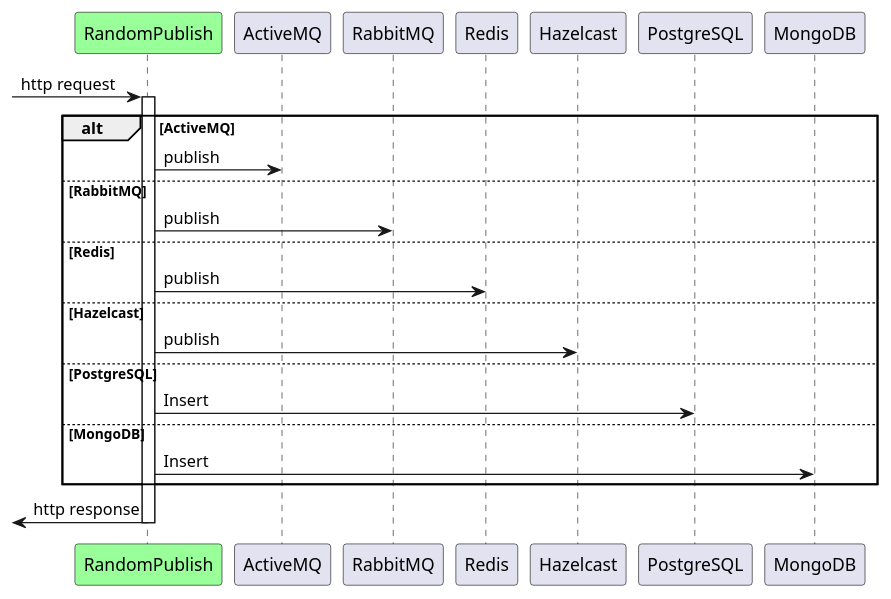
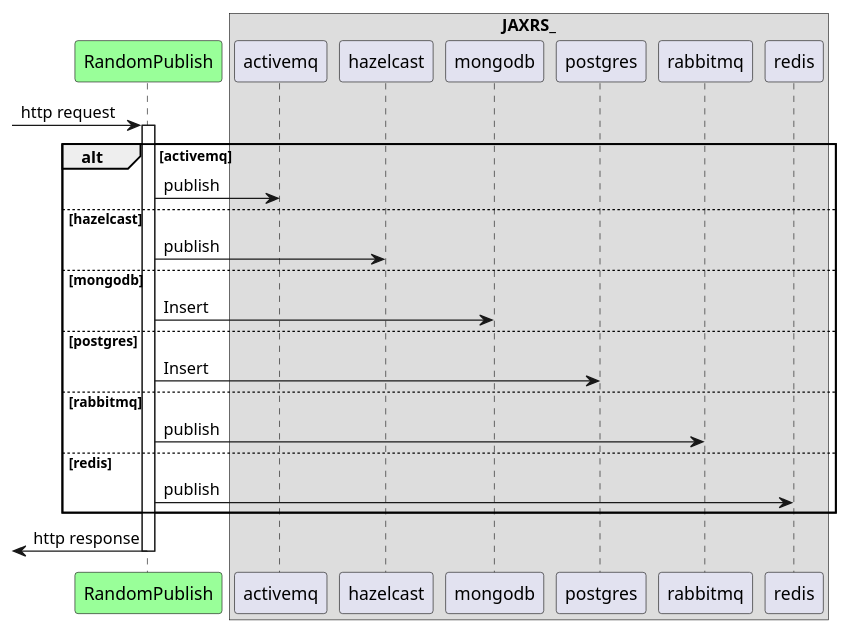
The diagram in docs/uml/randompublish-quarkus.pu (yurake/k8s-3tier-webapp), drawn with PlantUML before and after one commit. The commit also changed 8 other files, not shown here.

Commit message:
add sequences #385

```diff
--- a/docs/uml/randompublish-quarkus.pu
+++ b/docs/uml/randompublish-quarkus.pu
@@ -1,20 +1,29 @@
 @startuml randompublish-quarkus
 participant RandomPublish as RandomPublish #99FF99
 [-> RandomPublish  : http request
 activate RandomPublish
-alt ActiveMQ
-    RandomPublish -> ActiveMQ: publish
-else RabbitMQ
-    RandomPublish -> RabbitMQ: publish
-else Redis
-    RandomPublish -> Redis: publish
-else Hazelcast
-    RandomPublish -> Hazelcast: publish
-else PostgreSQL
-    RandomPublish -> PostgreSQL: Insert
-else MongoDB
-    RandomPublish -> MongoDB: Insert
+alt activemq
+    RandomPublish -> activemq: publish
+else hazelcast
+    RandomPublish -> hazelcast: publish
+else mongodb
+    RandomPublish -> mongodb: Insert
+else postgres
+    RandomPublish -> postgres: Insert
+else rabbitmq
+    RandomPublish -> rabbitmq: publish
+else redis
+    RandomPublish -> redis: publish
 end
 [<- RandomPublish : http response
 deactivate RandomPublish
+
+box JAXRS_
+participant activemq as activemq #ADD1B2
+participant hazelcast as hazelcast #ADD1B2
+participant mongodb as mongodb #ADD1B2
+participant postgres as postgres #ADD1B2
+participant rabbitmq as rabbitmq #ADD1B2
+participant redis as redis #ADD1B2
+end box
 @enduml
```
